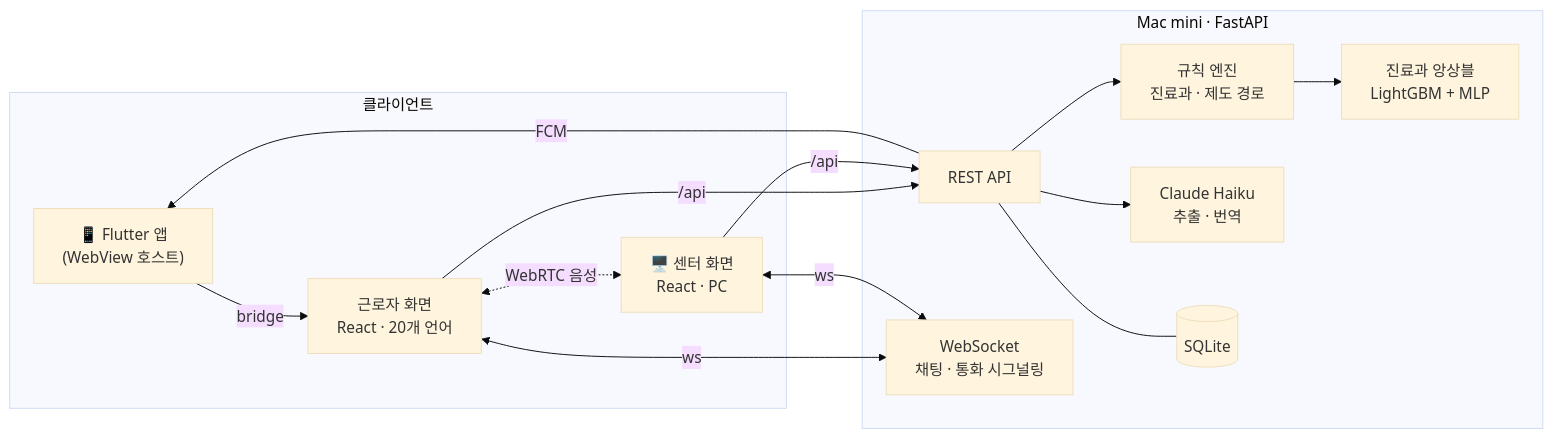
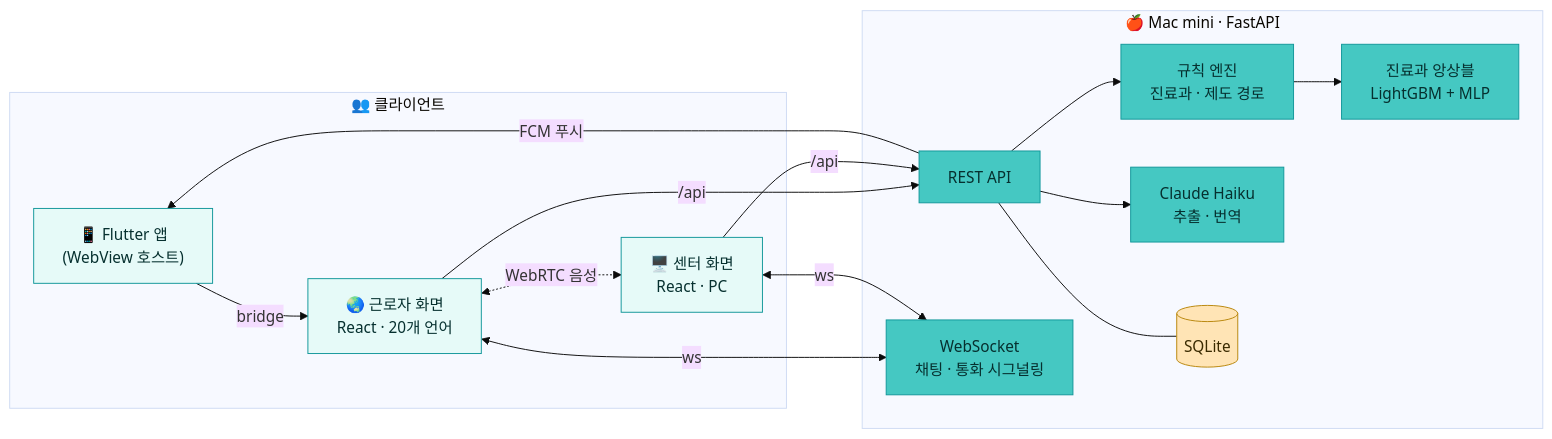
The second of 2 diagrams in README.md (conceptamin/for-nav), drawn with Mermaid (base theme) before and after one commit. The commit also changed other lines of this file and 1 other file, not shown here.

````diff
--- a/README.md
+++ b/README.md
@@ -126,26 +166,33 @@
 ```mermaid
 flowchart LR
-    subgraph Client["클라이언트"]
+    subgraph Client["👥 클라이언트"]
         APP["📱 Flutter 앱<br/>(WebView 호스트)"]
-        WF["근로자 화면<br/>React · 20개 언어"]
+        WF["🌏 근로자 화면<br/>React · 20개 언어"]
         CF["🖥️ 센터 화면<br/>React · PC"]
         APP -- bridge --> WF
     end
 
-    subgraph Server["Mac mini · FastAPI"]
+    subgraph Server["🍎 Mac mini · FastAPI"]
         API["REST API"]
         WS["WebSocket<br/>채팅 · 통화 시그널링"]
         RULE["규칙 엔진<br/>진료과 · 제도 경로"]
         ML["진료과 앙상블<br/>LightGBM + MLP"]
         LLM["Claude Haiku<br/>추출 · 번역"]
         DB[("SQLite")]
     end
 
     WF & CF -->|"/api"| API
     WF & CF <-->|"ws"| WS
     API --> RULE --> ML
     API --> LLM
     API --- DB
     WF <-.->|"WebRTC 음성"| CF
-    API -->|FCM| APP
+    API -->|FCM 푸시| APP
+
+    classDef client fill:#E6FAF8,stroke:#12979A,color:#06302f
+    classDef server fill:#45C8C2,stroke:#12979A,color:#06302f
+    classDef store fill:#FFE4B5,stroke:#b8860b,color:#3a2a00
+    class APP,WF,CF client
+    class API,WS,RULE,ML,LLM server
+    class DB store
 ```
````
